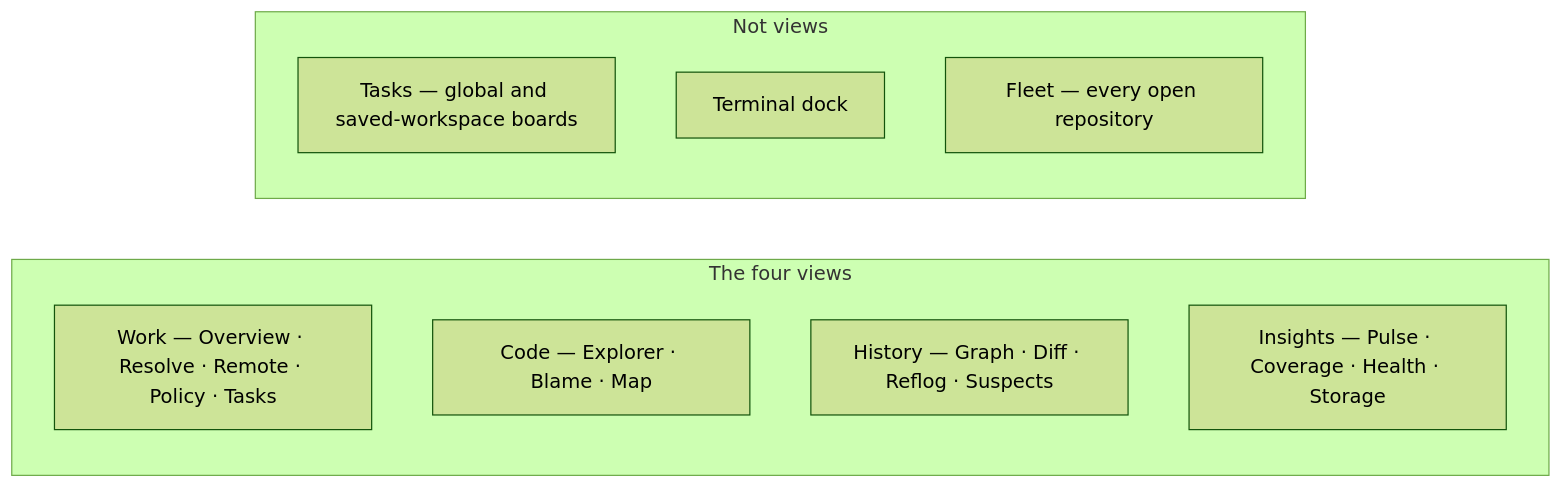
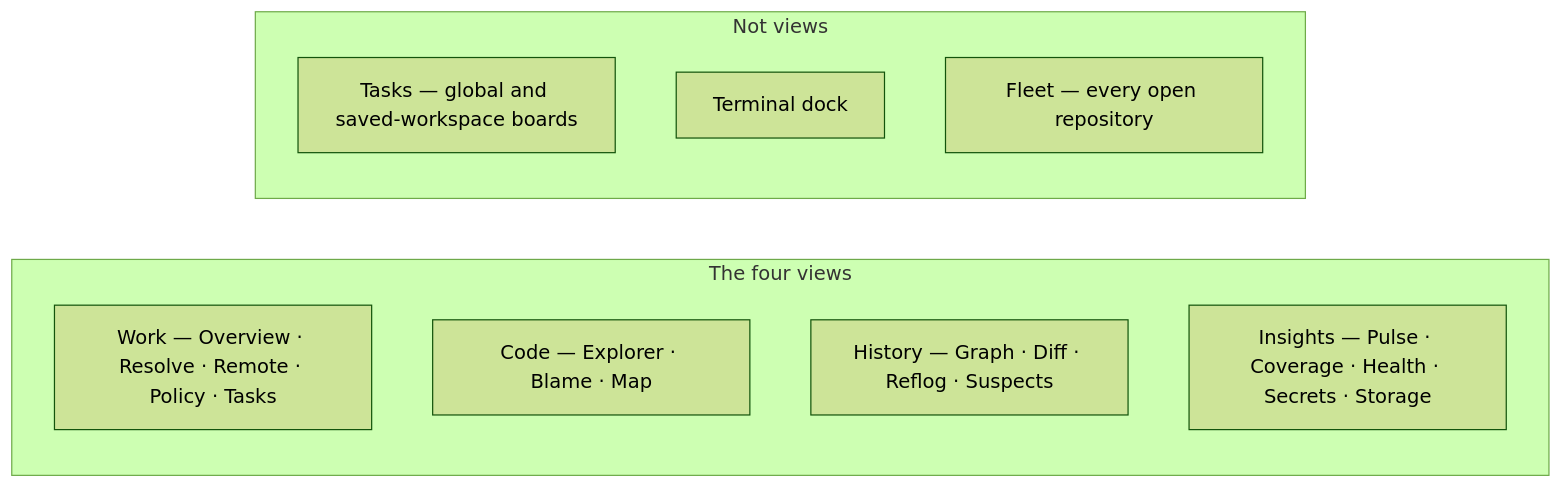
One commit to bharathvbcr/GitPulse changed the diagram in wiki/Home.md. Above: the diagram before and after it, drawn with Mermaid (forest theme). The commit also changed 11 other files, not shown here.

Commit message:
docs: update feature catalog, architecture, security, and wiki for v1.3.5

````diff
--- a/wiki/Home.md
+++ b/wiki/Home.md
@@ -32,14 +32,14 @@
 ```mermaid
 flowchart LR
     subgraph Views["The four views"]
         Work["Work — Overview · Resolve · Remote · Policy · Tasks"]
         Code["Code — Explorer · Blame · Map"]
         History["History — Graph · Diff · Reflog · Suspects"]
-        Insights["Insights — Pulse · Coverage · Health · Storage"]
+        Insights["Insights — Pulse · Coverage · Health · Secrets · Storage"]
     end
     subgraph Beside["Not views"]
         Tasks["Tasks — global and saved-workspace boards"]
         Terminal["Terminal dock"]
         Fleet["Fleet — every open repository"]
     end
 ```
````
